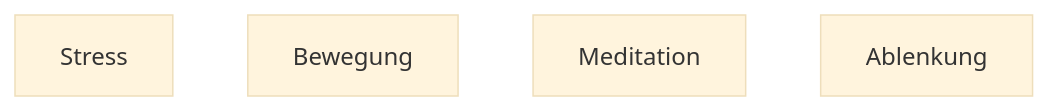
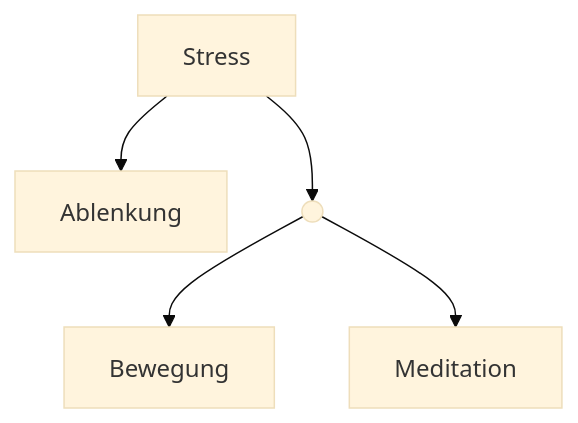
The diagram in inertia PT/General/Therapie.md (lueck1803/interia-PT), drawn with Mermaid (base theme) before and after one commit.

Commit message:
vault backup: 2025-12-01 12:56:53

````diff
--- a/inertia PT/General/Therapie.md
+++ b/inertia PT/General/Therapie.md
@@ -8,18 +8,25 @@
 ```mermaid
 flowchart TB
+%% Nodes %%
 	a[Stress]
 	b[Bewegung] 
 	c[Meditation]
 	d[Ablenkung]
+	e@{ shape: sm-circ, label: "Small start" }
+%% Edges %%
+	a --> e
+	e --> b
+	e --> c
+	a --> d
 	
 	%% a-->SubRoles %%
 	
 	%% subgraph SubRoles [Sub Roles] %%
 		%% direction LR %%
 		%% b[Playbook admins] %%
 		%% c[Playbook managers] %%
 		%% d[Playbook global viewers] %%
 		%% b-->c %%
 		%% c-->d %%
 	%% end %%
 ```
````
